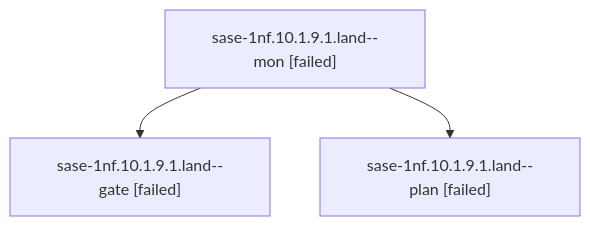
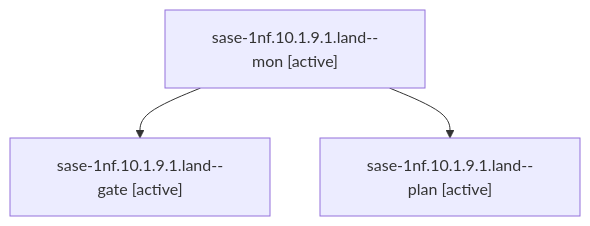
One commit to sase-org/sase--agents changed the diagram in sessions/bbugyi200.athena.sase-1nf.10.1.9.1.land.md. Above: the diagram before and after it, drawn with Mermaid. The commit also changed other lines of this file and 136 other files, not shown here.

````diff
--- a/sessions/bbugyi200.athena.sase-1nf.10.1.9.1.land.md
+++ b/sessions/bbugyi200.athena.sase-1nf.10.1.9.1.land.md
@@ -9,8 +9,8 @@
 ```mermaid
 flowchart TD
-  n0["sase-1nf.10.1.9.1.land--mon [failed]"]
-  n1["sase-1nf.10.1.9.1.land--gate [failed]"]
+  n0["sase-1nf.10.1.9.1.land--mon [active]"]
+  n1["sase-1nf.10.1.9.1.land--gate [active]"]
   n0 --> n1
-  n2["sase-1nf.10.1.9.1.land--plan [failed]"]
+  n2["sase-1nf.10.1.9.1.land--plan [active]"]
   n0 --> n2
 ```
````
